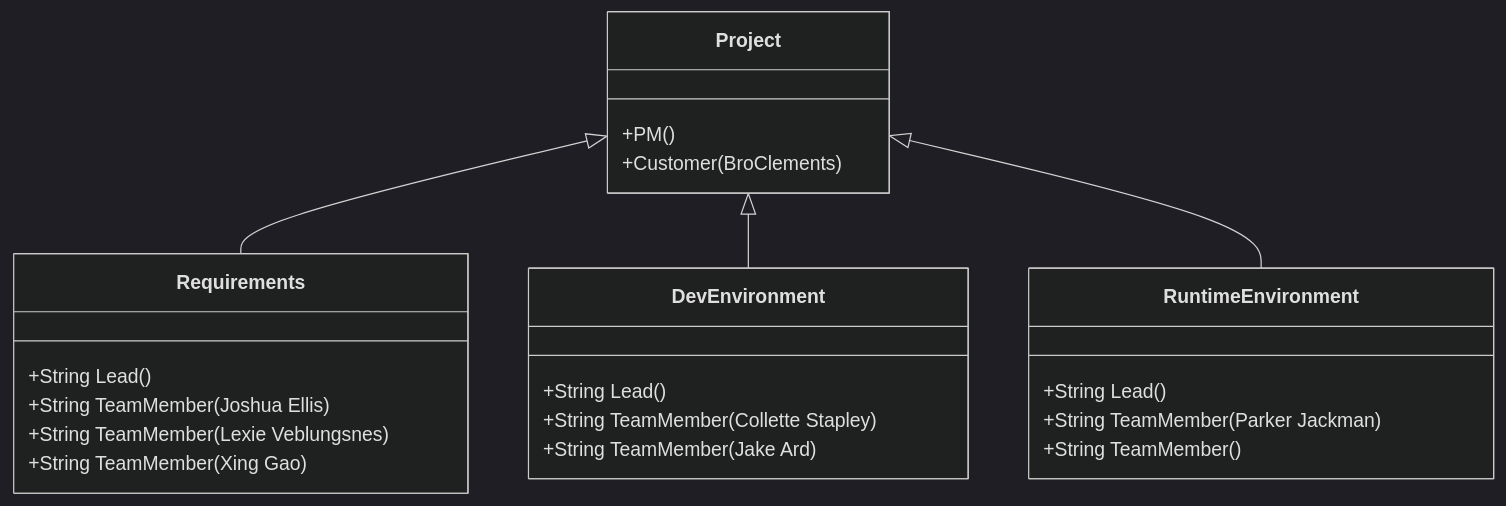
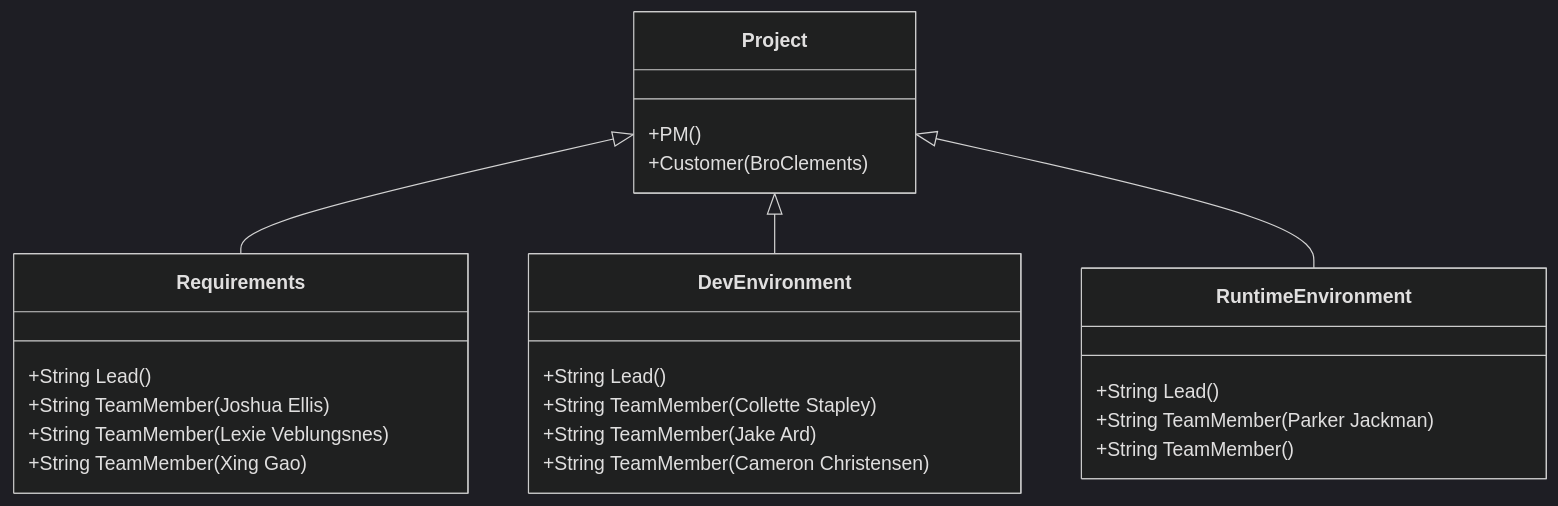
Before and after one commit to anrj2/2024SprCSE397PCP: the first of 2 diagrams in project/org/OrganizationChart.md, drawn with Mermaid (dark theme). The commit also changed other lines of this file, not shown here.

Commit message:
Update OrganizationChart.md
updated the class organization chart by adding my name to DevEnvironment and FrontEnd tables.

````diff
--- a/project/org/OrganizationChart.md
+++ b/project/org/OrganizationChart.md
@@ -2,25 +2,26 @@
 ```mermaid
 classDiagram
       Project <|-- Requirements
       Project <|-- DevEnvironment
       Project <|-- RuntimeEnvironment
       Project : +PM()
       Project : +Customer(BroClements)
       class Requirements{
           +String Lead()
           +String TeamMember(Joshua Ellis)
           +String TeamMember(Lexie Veblungsnes)
           +String TeamMember(Xing Gao)
 
       }
       class DevEnvironment{
           +String Lead()
           +String TeamMember(Collette Stapley)
           +String TeamMember(Jake Ard)
+          +String TeamMember(Cameron Christensen)
       }
       class RuntimeEnvironment{
           +String Lead()
           +String TeamMember(Parker Jackman)
           +String TeamMember()
       }
 ```
````
